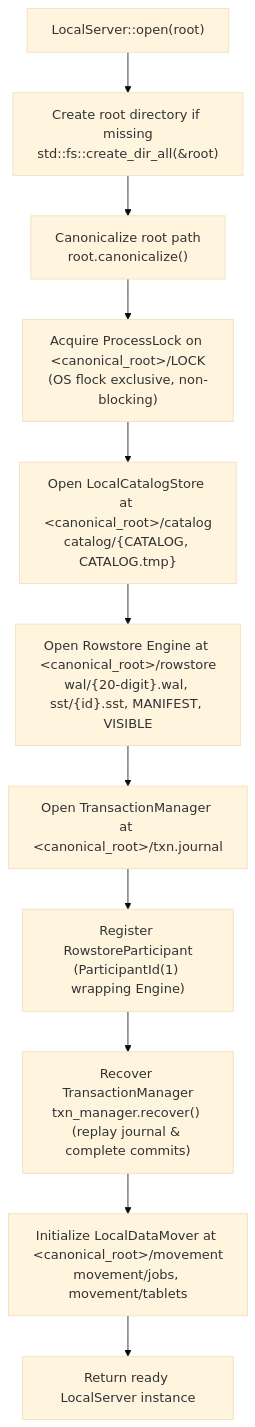
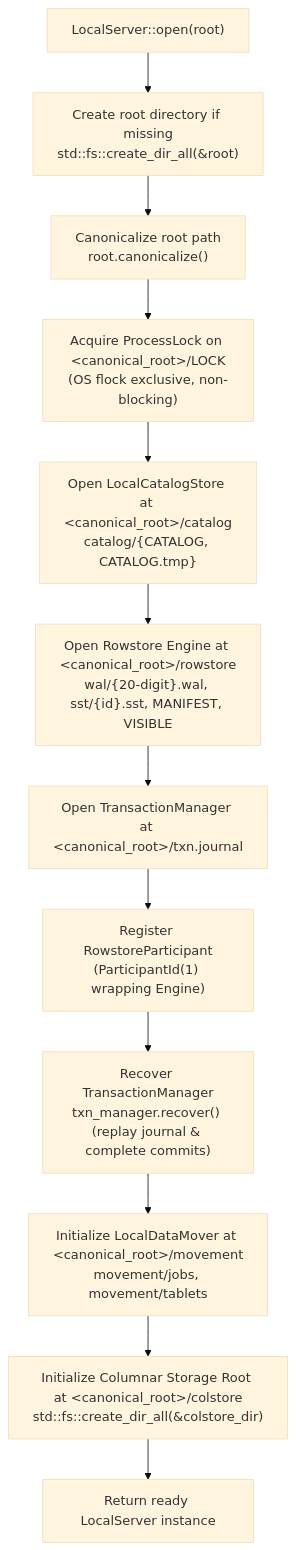
One commit to scarecrowgit/fluidb changed the diagram in docs/OPERATIONS.md. Above: the diagram before and after it, drawn with Mermaid (base theme). The commit also changed other lines of this file and 7 other files, not shown here.

````diff
--- a/docs/OPERATIONS.md
+++ b/docs/OPERATIONS.md
@@ -48,13 +48,14 @@
 ```mermaid
 flowchart TD
     Start["LocalServer::open(root)"] --> Mkdir["Create root directory if missing<br/>std::fs::create_dir_all(&amp;root)"]
     Mkdir --> Canon["Canonicalize root path<br/>root.canonicalize()"]
     Canon --> Lock["Acquire ProcessLock on &lt;canonical_root&gt;/LOCK<br/>(OS flock exclusive, non-blocking)"]
     Lock --> Catalog["Open LocalCatalogStore at &lt;canonical_root&gt;/catalog<br/>catalog/{CATALOG, CATALOG.tmp}"]
     Catalog --> Rowstore["Open Rowstore Engine at &lt;canonical_root&gt;/rowstore<br/>wal/{20-digit}.wal, sst/{id}.sst, MANIFEST, VISIBLE"]
     Rowstore --> TxnJourn["Open TransactionManager at &lt;canonical_root&gt;/txn.journal"]
     TxnJourn --> Part1["Register RowstoreParticipant<br/>(ParticipantId(1) wrapping Engine)"]
     Part1 --> Recov["Recover TransactionManager<br/>txn_manager.recover() (replay journal & complete commits)"]
     Recov --> Move["Initialize LocalDataMover at &lt;canonical_root&gt;/movement<br/>movement/jobs, movement/tablets"]
-    Move --> Ready["Return ready LocalServer instance"]
+    Move --> Colstore["Initialize Columnar Storage Root at &lt;canonical_root&gt;/colstore<br/>std::fs::create_dir_all(&amp;colstore_dir)"]
+    Colstore --> Ready["Return ready LocalServer instance"]
 ```
````
